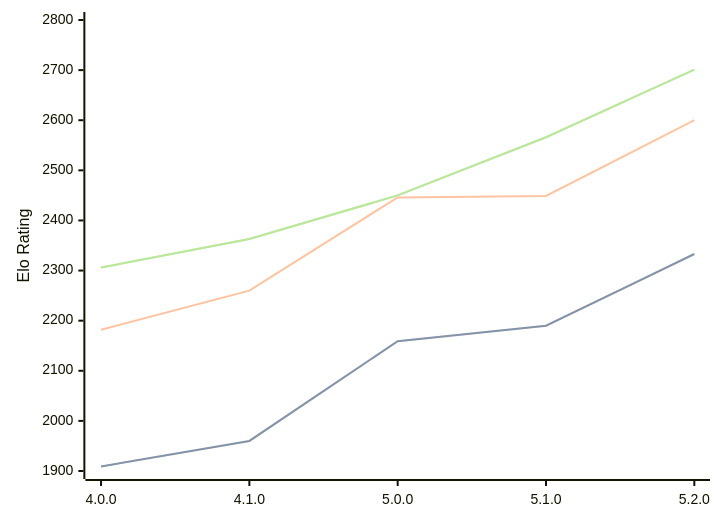
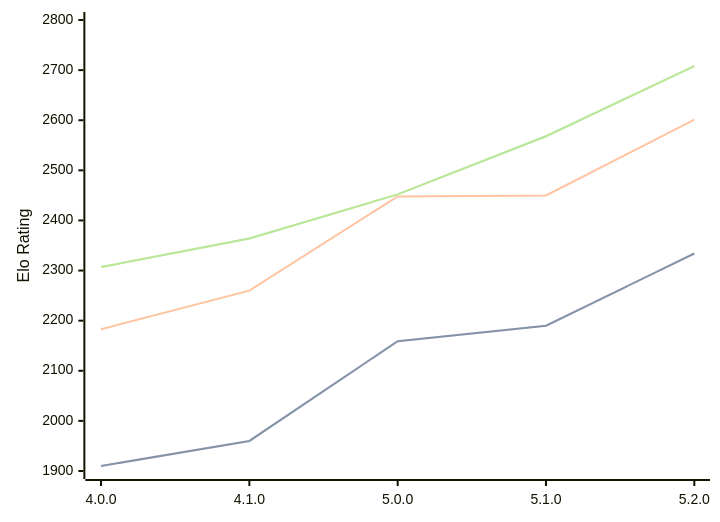
Before and after one commit to computer-chess-index/cci: the diagram in engines/Aconcagua.md, drawn with Mermaid. The commit also changed other lines of this file, not shown here.

Commit message:
Update CCI Ratings (ELO VLTC) - 2026-09-01

````diff
--- a/engines/Aconcagua.md
+++ b/engines/Aconcagua.md
@@ -35,11 +35,11 @@
 ```mermaid
 %%{init: {"theme":"base","themeVariables":{"seriesColors:['#a3a3a3','#222221','#faa371']}}}%%
 xychart-beta
   x-axis ["4.0.0", "4.1.0", "5.0.0", "5.1.0", "5.2.0"]
   y-axis "Elo Rating" 1900 --> 2800
-  line "" [1909, 1960, 2159, 2190, 2333]
-  line "STC (8.0+0.08s)" [1909, 1960, 2159, 2190, 2333]
-  line "LTC (60.0+0.60s)" [2182, 2260, 2446, 2449, 2600]
-  line "" [2306, 2363, 2450, 2566, 2701]
-  line "VLTC (2m24s+1.12s)" [2306, 2363, 2450, 2566, 2701]
+  line "" [1910, 1960, 2159, 2190, 2334]
+  line "STC (8.0+0.08s)" [1910, 1960, 2159, 2190, 2334]
+  line "LTC (60.0+0.60s)" [2183, 2260, 2448, 2450, 2601]
+  line "" [2307, 2364, 2452, 2568, 2708]
+  line "VLTC (2m24s+1.12s)" [2307, 2364, 2452, 2568, 2708]
 ```
````
